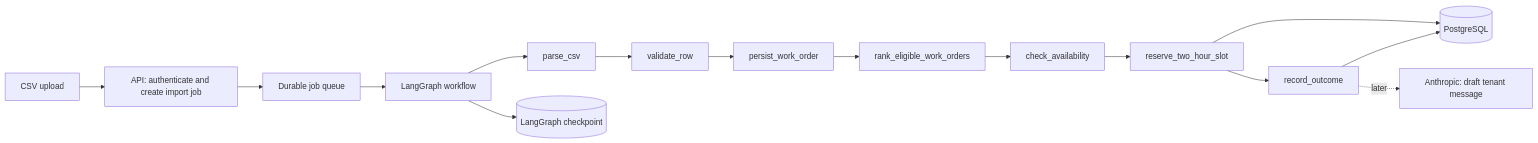
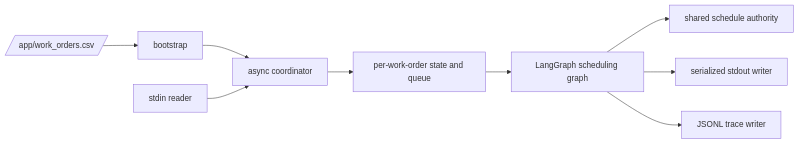
Before and after one commit to FVSB/nuvaliving_prueba_tecnica: the diagram in specs/001-async-work-order-scheduling/plan.md, drawn with Mermaid. The commit also changed other lines of this file and 7 other files, not shown here.

Commit message:
docs: define CLI scheduling architecture and business rules

````diff
--- a/specs/001-async-work-order-scheduling/plan.md
+++ b/specs/001-async-work-order-scheduling/plan.md
@@ -99,17 +59,11 @@
 ```mermaid
 flowchart LR
-    CSV[CSV upload] --> API[API: authenticate and create import job]
-    API --> Q[Durable job queue]
-    Q --> G[LangGraph workflow]
-    G --> P[parse_csv]
-    P --> V[validate_row]
-    V --> W[persist_work_order]
-    W --> R[rank_eligible_work_orders]
-    R --> A[check_availability]
-    A --> B[reserve_two_hour_slot]
-    B --> O[record_outcome]
-    O --> DB[(PostgreSQL)]
-    B --> DB
-    G --> CP[(LangGraph checkpoint)]
-    O -. later .-> AI[Anthropic: draft tenant message]
+    CSV[/app/work_orders.csv/] --> BOOT[bootstrap]
+    BOOT --> COORD[async coordinator]
+    STDIN[stdin reader] --> COORD
+    COORD --> STATE[per-work-order state and queue]
+    STATE --> GRAPH[LangGraph scheduling graph]
+    GRAPH --> SCHEDULE[shared schedule authority]
+    GRAPH --> OUT[serialized stdout writer]
+    GRAPH --> TRACE[JSONL trace writer]
 ```
````
